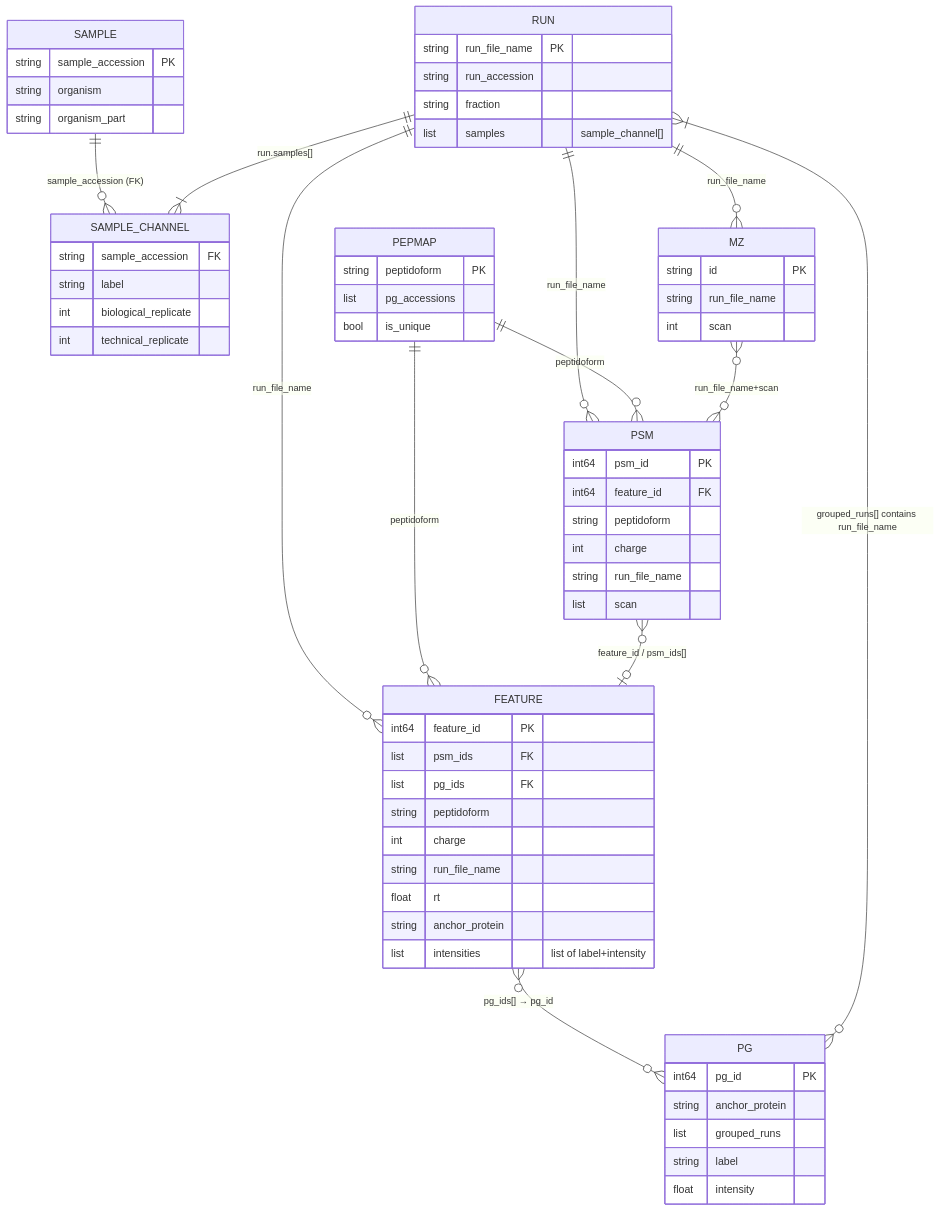
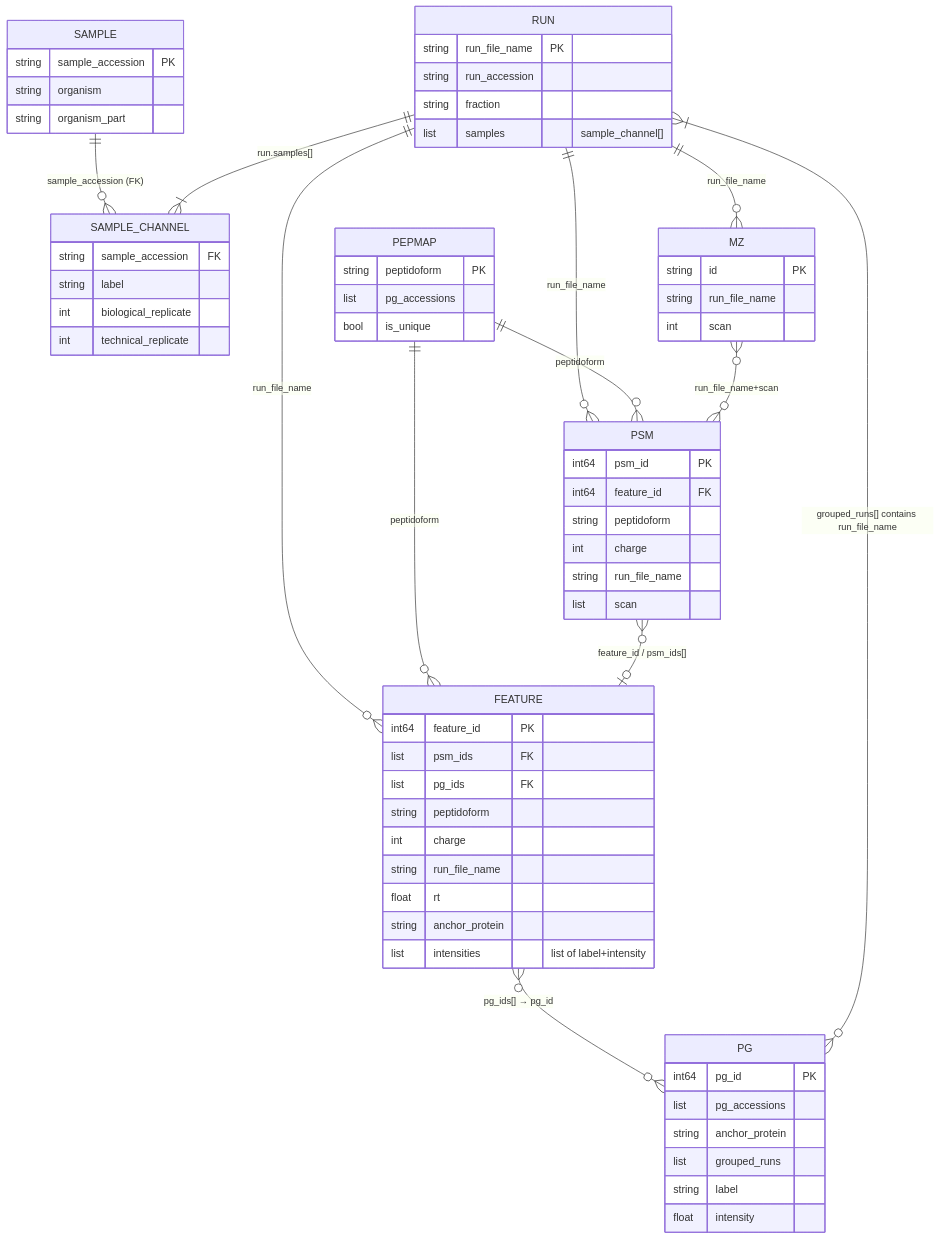
Before and after one commit to daichengxin/quantms.io: the second of 5 diagrams in docs/spec/data-model.md, drawn with Mermaid. The commit also changed other lines of this file and 33 other files, not shown here.

````diff
--- a/docs/spec/data-model.md
+++ b/docs/spec/data-model.md
@@ -85,68 +85,69 @@
 ```mermaid
 erDiagram
     SAMPLE ||--o{ SAMPLE_CHANNEL : "sample_accession (FK)"
     RUN ||--|{ SAMPLE_CHANNEL : "run.samples[]"
     RUN ||--o{ PSM : "run_file_name"
     RUN ||--o{ FEATURE : "run_file_name"
     RUN ||--o{ MZ : "run_file_name"
     PG }o--|{ RUN : "grouped_runs[] contains run_file_name"
     FEATURE }o--o{ PG : "pg_ids[] → pg_id"
     PEPMAP ||--o{ PSM : "peptidoform"
     PEPMAP ||--o{ FEATURE : "peptidoform"
     PSM }o--o| FEATURE : "feature_id / psm_ids[]"
     MZ }o--o{ PSM : "run_file_name+scan"
 
     SAMPLE {
         string sample_accession PK
         string organism
         string organism_part
     }
     RUN {
         string run_file_name PK
         string run_accession
         string fraction
         list samples "sample_channel[]"
     }
     SAMPLE_CHANNEL {
         string sample_accession FK
         string label
         int biological_replicate
         int technical_replicate
     }
     PSM {
         int64 psm_id PK
         int64 feature_id FK
         string peptidoform
         int charge
         string run_file_name
         list scan
     }
     FEATURE {
         int64 feature_id PK
         list psm_ids FK
         list pg_ids FK
         string peptidoform
         int charge
         string run_file_name
         float rt
         string anchor_protein
         list intensities "list of label+intensity"
     }
     PG {
         int64 pg_id PK
+        list pg_accessions
         string anchor_protein
         list grouped_runs
         string label
         float intensity
     }
     PEPMAP {
         string peptidoform PK
         list pg_accessions
         bool is_unique
     }
     MZ {
         string id PK
         string run_file_name
         int scan
     }
 ```
````
